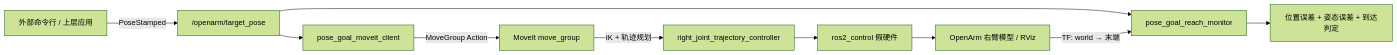
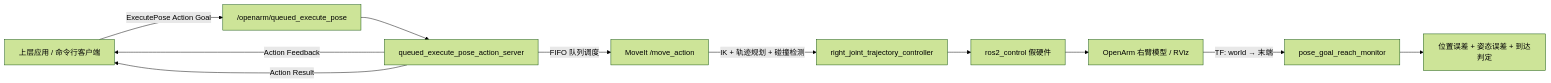
The diagram in README.md (yeshezhi/openarm-ros2-pose-control), drawn with Mermaid (forest theme) before and after one commit. The commit also changed other lines of this file, not shown here.

Commit message:
docs: document monorepo layout and queued action control

````diff
--- a/README.md
+++ b/README.md
@@ -21,13 +27,15 @@
 ```mermaid
 flowchart LR
-    A["外部命令行 / 上层应用"] -->|"PoseStamped"| B["/openarm/target_pose"]
-    B --> C["pose_goal_moveit_client"]
-    C -->|"MoveGroup Action"| D["MoveIt move_group"]
-    D -->|"IK + 轨迹规划"| E["right_joint_trajectory_controller"]
+    A["上层应用 / 命令行客户端"] -->|"ExecutePose Action Goal"| B["/openarm/queued_execute_pose"]
+    B --> C["queued_execute_pose_action_server"]
+    C -->|"FIFO 队列调度"| D["MoveIt /move_action"]
+    D -->|"IK + 轨迹规划 + 碰撞检测"| E["right_joint_trajectory_controller"]
     E --> F["ros2_control 假硬件"]
     F --> G["OpenArm 右臂模型 / RViz"]
 
-    B --> H["pose_goal_reach_monitor"]
-    G -->|"TF: world → 末端"| H
+    C -->|"Action Feedback"| A
+    C -->|"Action Result"| A
+
+    G -->|"TF: world → 末端"| H["pose_goal_reach_monitor"]
     H --> I["位置误差 + 姿态误差 + 到达判定"]
 ```
````
